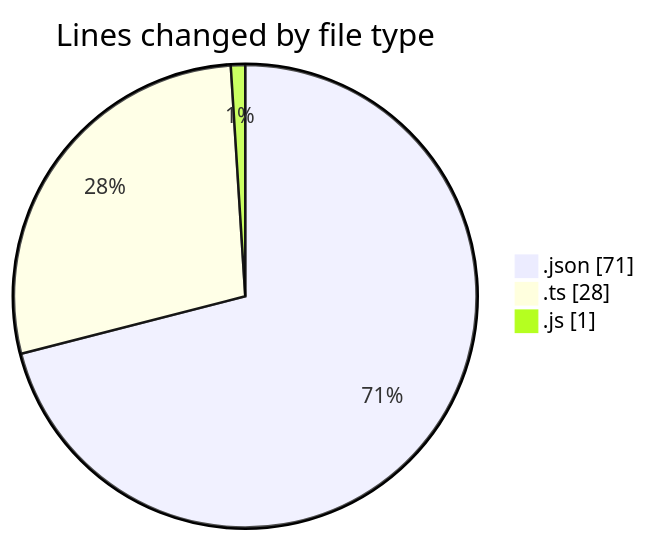
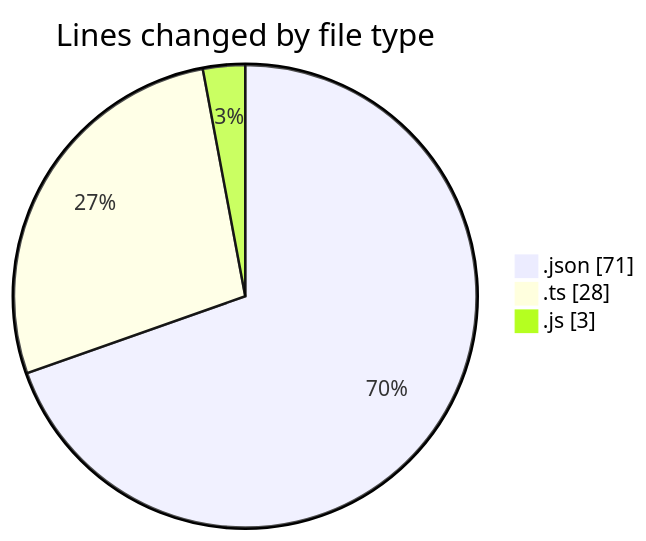
The first of 2 diagrams in 2025-02-06/cda/README.md (momahboobian/code-tracking), drawn with Mermaid before and after one commit. The commit also changed other lines of this file and 1 other file, not shown here.

````diff
--- a/2025-02-06/cda/README.md
+++ b/2025-02-06/cda/README.md
@@ -22,7 +22,7 @@
 ```mermaid
 pie showData
 title Lines changed by file type
 ".json" : 71
 ".ts" : 28
-".js" : 1
+".js" : 3
 ```
````
